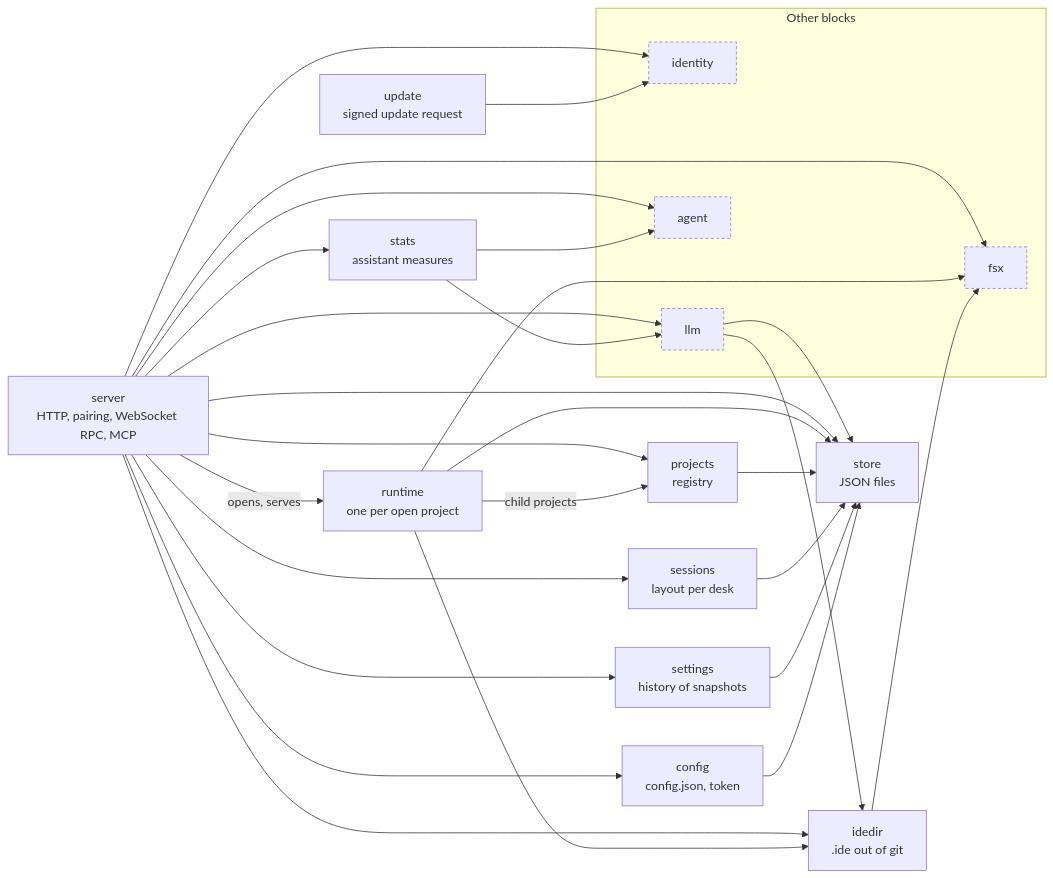
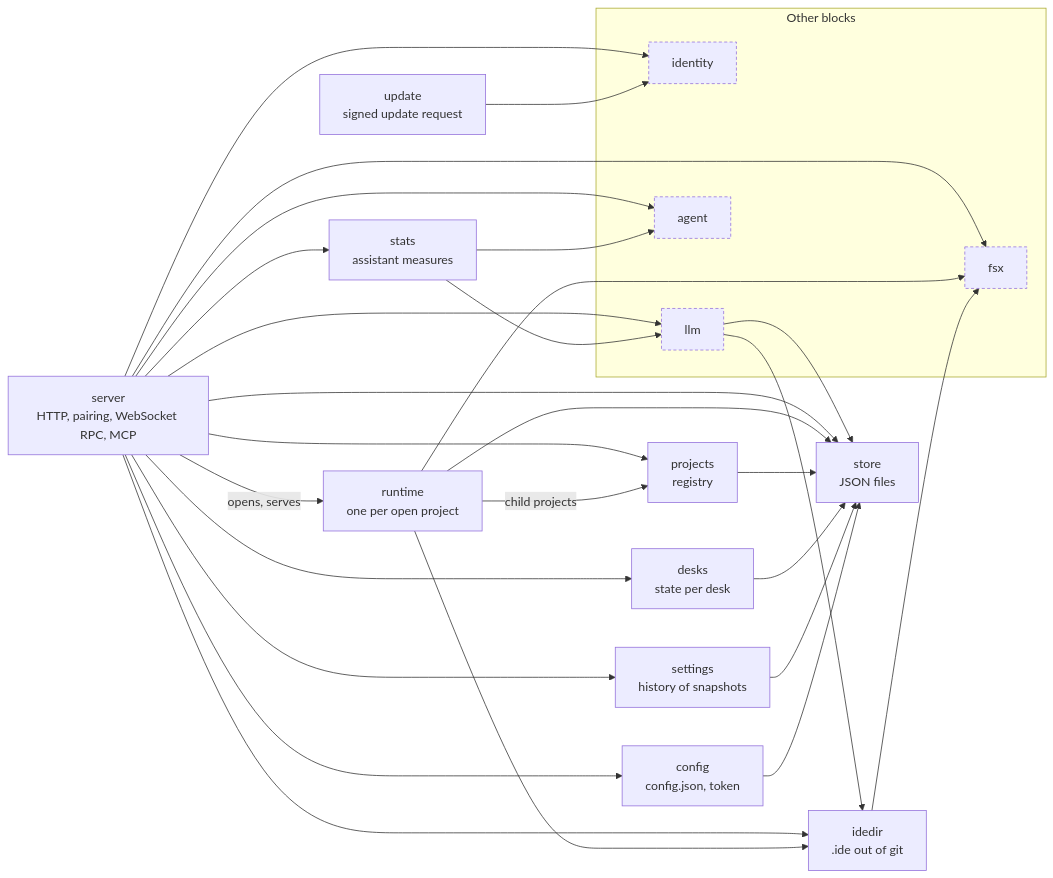
One commit to DrSmithFr/web-ide changed the first of 5 diagrams in pod/internal/README.md. Above: the diagram before and after it, drawn with Mermaid. The commit also changed other lines of this file and 52 other files, not shown here.

````diff
--- a/pod/internal/README.md
+++ b/pod/internal/README.md
@@ -19,47 +19,47 @@
 ```mermaid
 flowchart LR
   subgraph g_Otherblocks["Other blocks"]
     fsx["fsx"]
     identity["identity"]
     llm["llm"]
     agent["agent"]
   end
   server["server<br/>HTTP, pairing, WebSocket RPC, MCP"]
   runtime["runtime<br/>one per open project"]
   projects["projects<br/>registry"]
-  sessions["sessions<br/>layout per desk"]
+  desks["desks<br/>state per desk"]
   settings["settings<br/>history of snapshots"]
   store["store<br/>JSON files"]
   config["config<br/>config.json, token"]
   idedir["idedir<br/>.ide out of git"]
   stats["stats<br/>assistant measures"]
   update["update<br/>signed update request"]
   server --> agent
   server --> config
   server --> fsx
   server --> idedir
   server --> identity
   server --> llm
   server --> projects
   server -->|"opens, serves"| runtime
-  server --> sessions
+  server --> desks
   server --> settings
   server --> stats
   server --> store
   runtime --> fsx
   runtime --> idedir
   runtime -->|"child projects"| projects
   runtime --> store
   projects --> store
-  sessions --> store
+  desks --> store
   settings --> store
   config --> store
   idedir --> fsx
   stats --> agent
   stats --> llm
   update --> identity
   llm --> idedir
   llm --> store
   classDef other stroke-dasharray: 4 3
   class fsx,identity,llm,agent other
 ```
````
